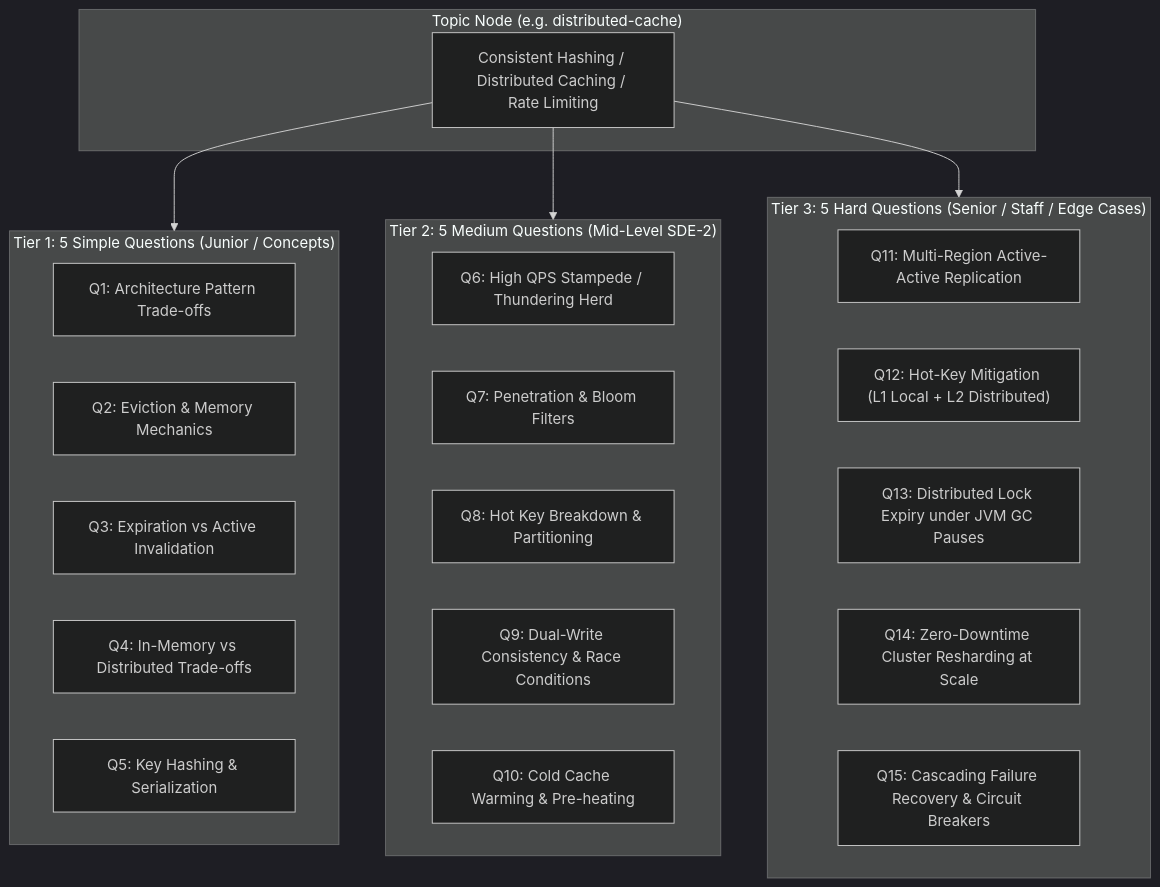
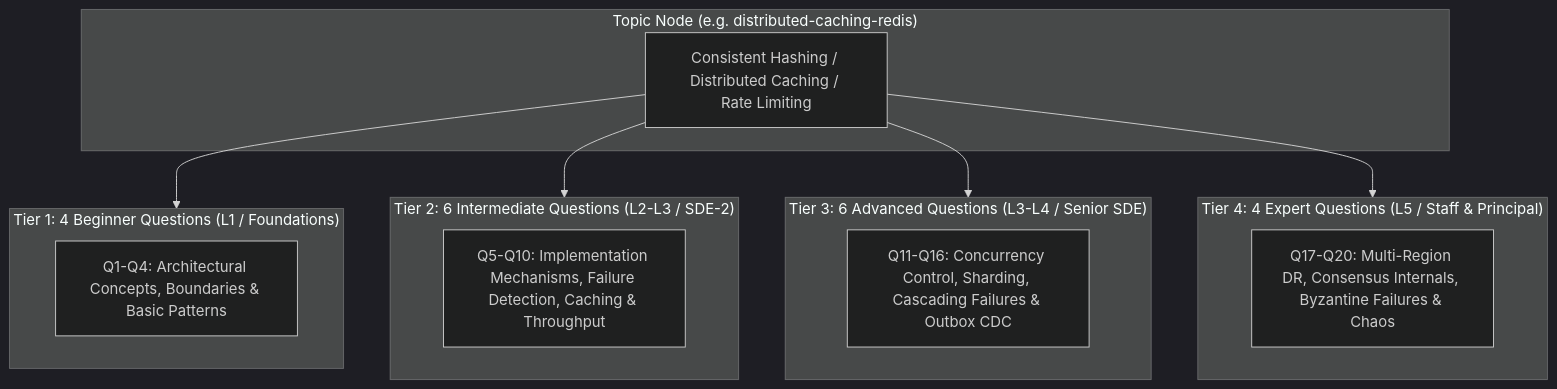
The diagram in docs/SYSTEM_DESIGN_CURRICULUM_AND_QUESTION_TAXONOMY_SPEC.md (imsauravsingh/prepinminutes-backend), drawn with Mermaid (dark theme) before and after one commit. The commit also changed other lines of this file and 8 other files, not shown here.

Commit message:
doc: updated neo4j architecture changes

````diff
--- a/docs/SYSTEM_DESIGN_CURRICULUM_AND_QUESTION_TAXONOMY_SPEC.md
+++ b/docs/SYSTEM_DESIGN_CURRICULUM_AND_QUESTION_TAXONOMY_SPEC.md
@@ -28,34 +39,27 @@
 ```mermaid
 flowchart TD
-    subgraph TopicNode ["Topic Node (e.g. distributed-cache)"]
+    subgraph TopicNode ["Topic Node (e.g. distributed-caching-redis)"]
         T["Consistent Hashing / Distributed Caching / Rate Limiting"]
     end
 
-    subgraph Tier1 ["Tier 1: 5 Simple Questions (Junior / Concepts)"]
-        S1["Q1: Architecture Pattern Trade-offs"]
-        S2["Q2: Eviction & Memory Mechanics"]
-        S3["Q3: Expiration vs Active Invalidation"]
-        S4["Q4: In-Memory vs Distributed Trade-offs"]
-        S5["Q5: Key Hashing & Serialization"]
+    subgraph Tier1 ["Tier 1: 4 Beginner Questions (L1 / Foundations)"]
+        B1["Q1-Q4: Architectural Concepts, Boundaries & Basic Patterns"]
     end
 
-    subgraph Tier2 ["Tier 2: 5 Medium Questions (Mid-Level SDE-2)"]
-        M1["Q6: High QPS Stampede / Thundering Herd"]
-        M2["Q7: Penetration & Bloom Filters"]
-        M3["Q8: Hot Key Breakdown & Partitioning"]
-        M4["Q9: Dual-Write Consistency & Race Conditions"]
-        M5["Q10: Cold Cache Warming & Pre-heating"]
+    subgraph Tier2 ["Tier 2: 6 Intermediate Questions (L2-L3 / SDE-2)"]
+        I1["Q5-Q10: Implementation Mechanisms, Failure Detection, Caching & Throughput"]
     end
 
-    subgraph Tier3 ["Tier 3: 5 Hard Questions (Senior / Staff / Edge Cases)"]
-        H1["Q11: Multi-Region Active-Active Replication"]
-        H2["Q12: Hot-Key Mitigation (L1 Local + L2 Distributed)"]
-        H3["Q13: Distributed Lock Expiry under JVM GC Pauses"]
-        H4["Q14: Zero-Downtime Cluster Resharding at Scale"]
-        H5["Q15: Cascading Failure Recovery & Circuit Breakers"]
+    subgraph Tier3 ["Tier 3: 6 Advanced Questions (L3-L4 / Senior SDE)"]
+        A1["Q11-Q16: Concurrency Control, Sharding, Cascading Failures & Outbox CDC"]
+    end
+
+    subgraph Tier4 ["Tier 4: 4 Expert Questions (L5 / Staff & Principal)"]
+        E1["Q17-Q20: Multi-Region DR, Consensus Internals, Byzantine Failures & Chaos"]
     end
 
     T --> Tier1
     T --> Tier2
     T --> Tier3
+    T --> Tier4
 ```
````
